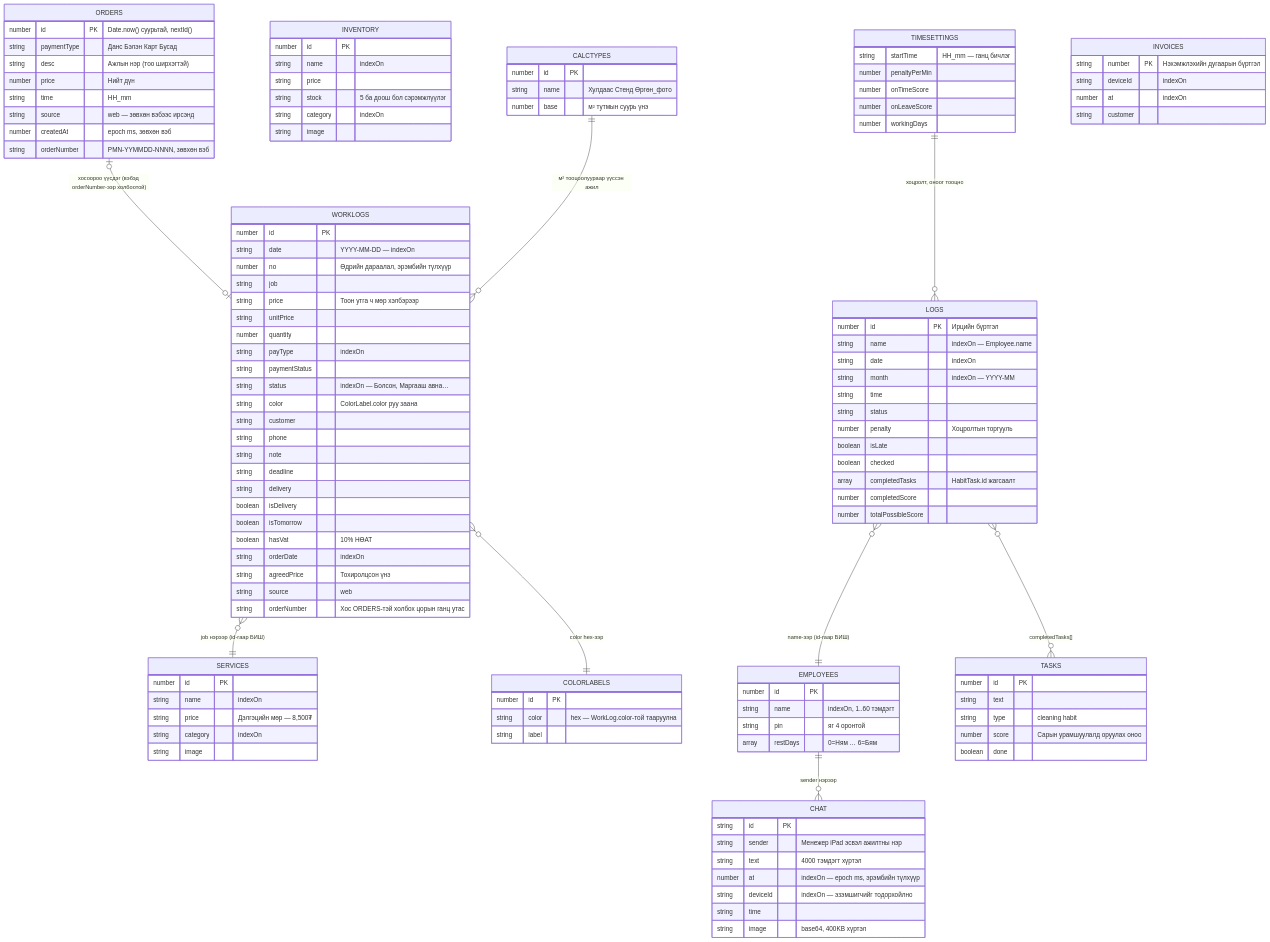
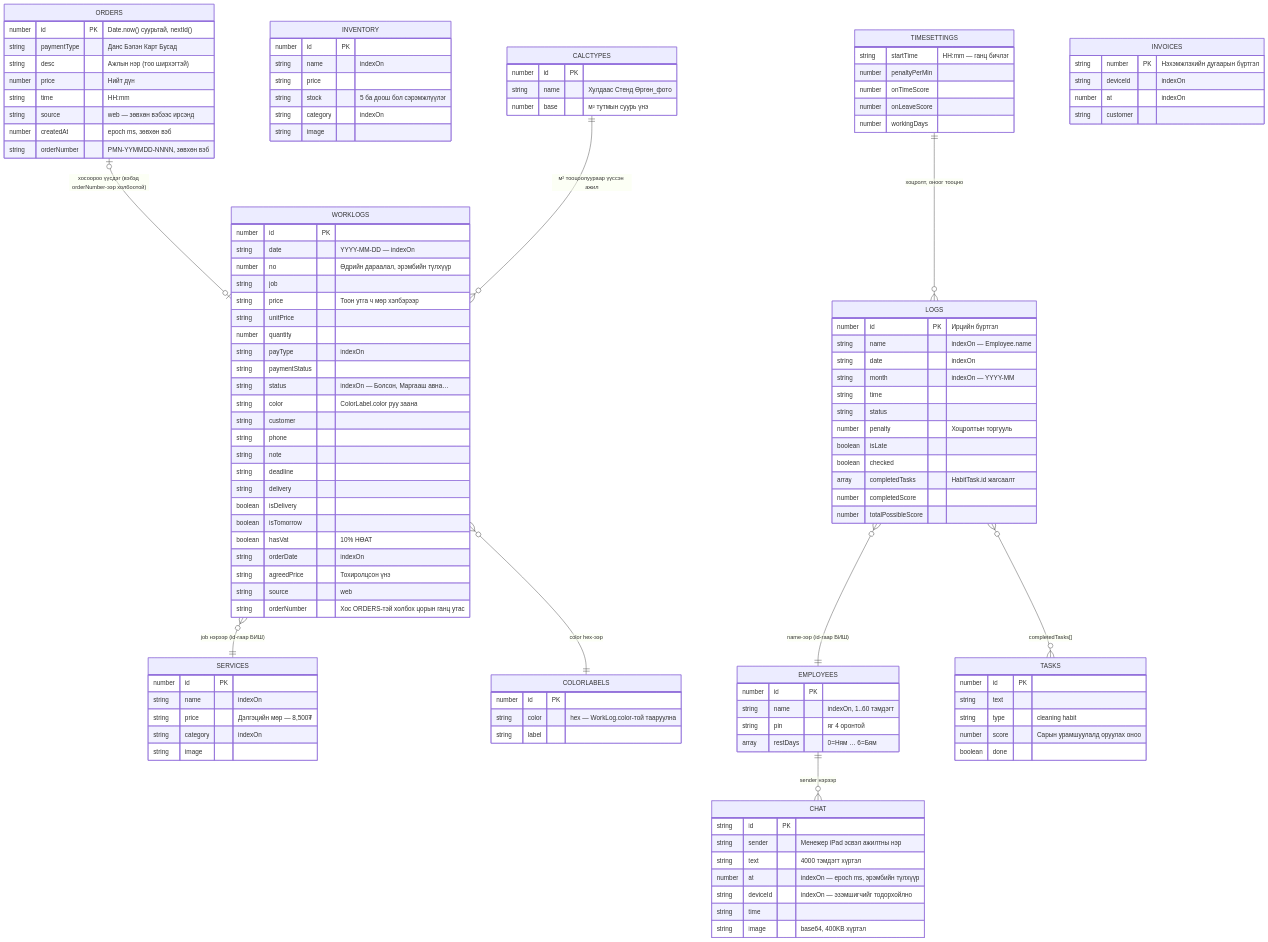
Before and after one commit to tushigakatsuki-ship-it/konica-web: the seventh of 9 diagrams in docs/ARCHITECTURE.md, drawn with Mermaid. The commit also changed 9 other files, not shown here.

```diff
--- a/docs/ARCHITECTURE.md
+++ b/docs/ARCHITECTURE.md
@@ -306,7 +306,7 @@
         string paymentType "Данс Бэлэн Карт Бусад"
         string desc "Ажлын нэр (тоо ширхэгтэй)"
         number price "Нийт дүн"
-        string time "HH_mm"
+        string time "HH:mm"
         string source "web — зөвхөн вэбээс ирсэнд"
         number createdAt "epoch ms, зөвхөн вэб"
         string orderNumber "PMN-YYMMDD-NNNN, зөвхөн вэб"
@@ -398,7 +398,7 @@
     }
 
     TIMESETTINGS {
-        string startTime "HH_mm — ганц бичлэг"
+        string startTime "HH:mm — ганц бичлэг"
         number penaltyPerMin
         number onTimeScore
         number onLeaveScore
```
